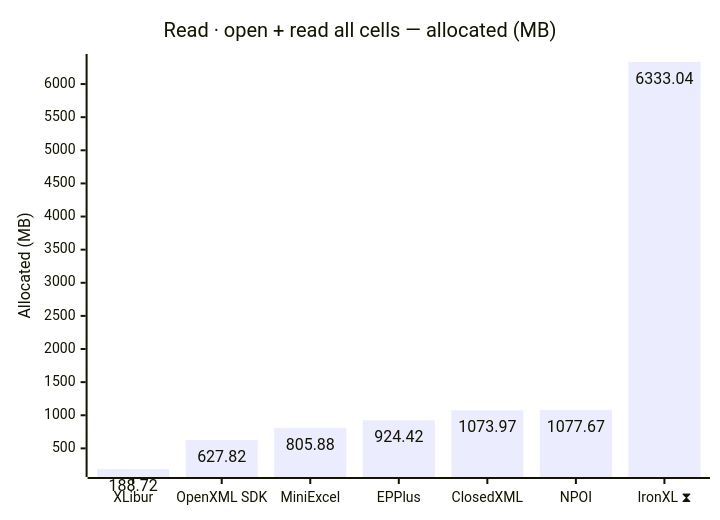
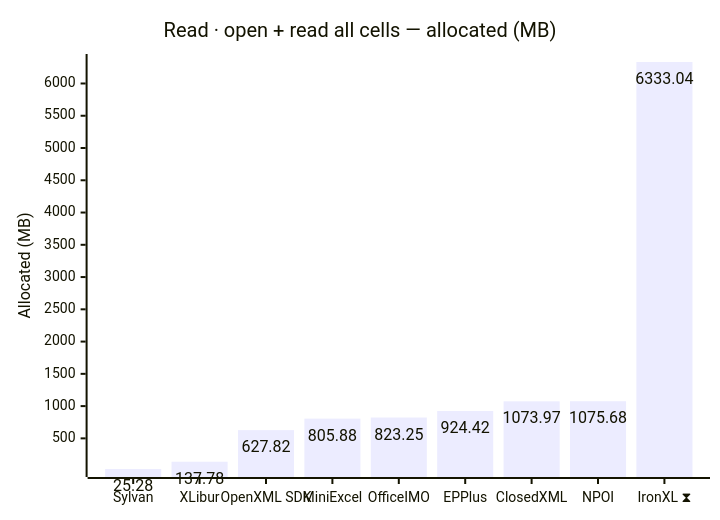
The fourth of 12 diagrams in docs/results-ci.md (jafin/XLBench), drawn with Mermaid before and after one commit. The commit also changed other lines of this file, not shown here.

````diff
--- a/docs/results-ci.md
+++ b/docs/results-ci.md
@@ -80,12 +82,12 @@
 ```mermaid
 ---
 config:
   xyChart:
     showDataLabel: true
 ---
 xychart-beta
     title "Read · open + read all cells — allocated (MB)"
-    x-axis ["XLibur", "OpenXML SDK", "MiniExcel", "EPPlus", "ClosedXML", "NPOI", "IronXL ⧗"]
+    x-axis ["Sylvan", "XLibur", "OpenXML SDK", "MiniExcel", "OfficeIMO", "EPPlus", "ClosedXML", "NPOI", "IronXL ⧗"]
     y-axis "Allocated (MB)"
-    bar [188.72, 627.82, 805.88, 924.42, 1073.97, 1077.67, 6333.04]
+    bar [25.28, 137.78, 627.82, 805.88, 823.25, 924.42, 1073.97, 1075.68, 6333.04]
 ```
````
